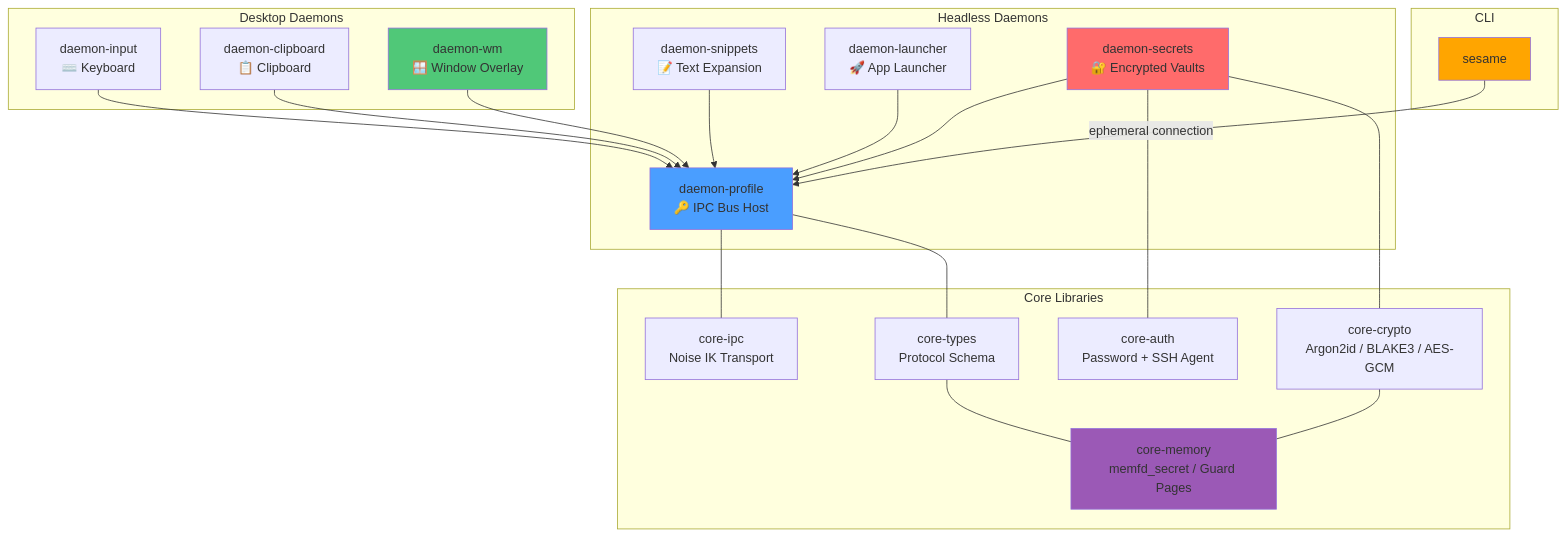
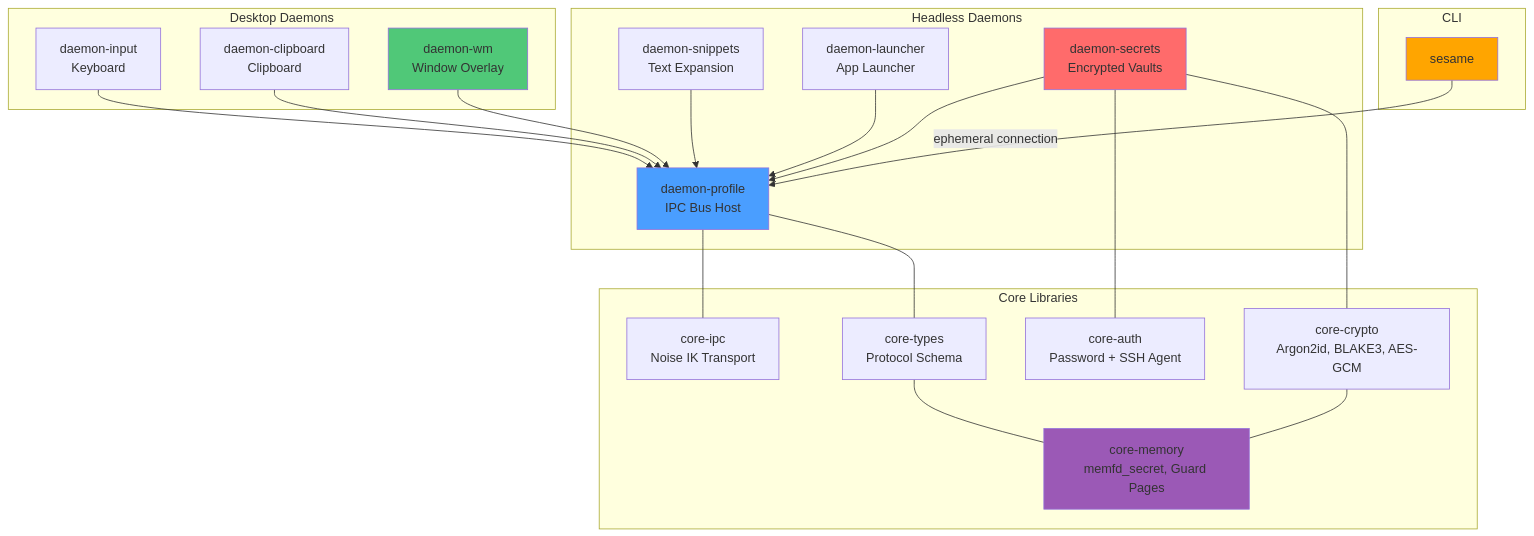
The diagram in README.md (ScopeCreep-zip/open-sesame), drawn with Mermaid before and after one commit.

Commit message:
fix(docs): quote mermaid node labels and remove emoji to fix GitHub rendering
GitHub's Mermaid renderer fails on unquoted unicode (emoji) in node
labels and self-closing <br/> tags. All node labels now use quoted
strings with <br> (no self-closing slash) and plain text descriptions.

````diff
--- a/README.md
+++ b/README.md
@@ -1052,48 +1052,48 @@
 ```mermaid
 graph TB
-    subgraph "CLI"
-        S[sesame]
+    subgraph CLI
+        S["sesame"]
     end
 
-    subgraph "Headless Daemons"
-        P[daemon-profile<br/>🔑 IPC Bus Host]
-        SEC[daemon-secrets<br/>🔐 Encrypted Vaults]
-        L[daemon-launcher<br/>🚀 App Launcher]
-        SN[daemon-snippets<br/>📝 Text Expansion]
+    subgraph Headless Daemons
+        P["daemon-profile<br>IPC Bus Host"]
+        SEC["daemon-secrets<br>Encrypted Vaults"]
+        L["daemon-launcher<br>App Launcher"]
+        SN["daemon-snippets<br>Text Expansion"]
     end
 
-    subgraph "Desktop Daemons"
-        WM[daemon-wm<br/>🪟 Window Overlay]
-        CB[daemon-clipboard<br/>📋 Clipboard]
-        IN[daemon-input<br/>⌨️ Keyboard]
+    subgraph Desktop Daemons
+        WM["daemon-wm<br>Window Overlay"]
+        CB["daemon-clipboard<br>Clipboard"]
+        IN["daemon-input<br>Keyboard"]
     end
 
-    subgraph "Core Libraries"
-        IPC[core-ipc<br/>Noise IK Transport]
-        CRYPTO[core-crypto<br/>Argon2id / BLAKE3 / AES-GCM]
-        MEM[core-memory<br/>memfd_secret / Guard Pages]
-        AUTH[core-auth<br/>Password + SSH Agent]
-        TYPES[core-types<br/>Protocol Schema]
+    subgraph Core Libraries
+        IPC["core-ipc<br>Noise IK Transport"]
+        CRYPTO["core-crypto<br>Argon2id, BLAKE3, AES-GCM"]
+        MEM["core-memory<br>memfd_secret, Guard Pages"]
+        AUTH["core-auth<br>Password + SSH Agent"]
+        TYPES["core-types<br>Protocol Schema"]
     end
 
-    S --> |ephemeral connection| P
+    S -->|"ephemeral connection"| P
     SEC --> P
     L --> P
     SN --> P
     WM --> P
     CB --> P
     IN --> P
 
     P --- IPC
     SEC --- CRYPTO
     CRYPTO --- MEM
     TYPES --- MEM
     SEC --- AUTH
     P --- TYPES
 
     style P fill:#4a9eff
     style SEC fill:#ff6b6b
     style WM fill:#50c878
     style S fill:#ffa500
     style MEM fill:#9b59b6
 ```
````
